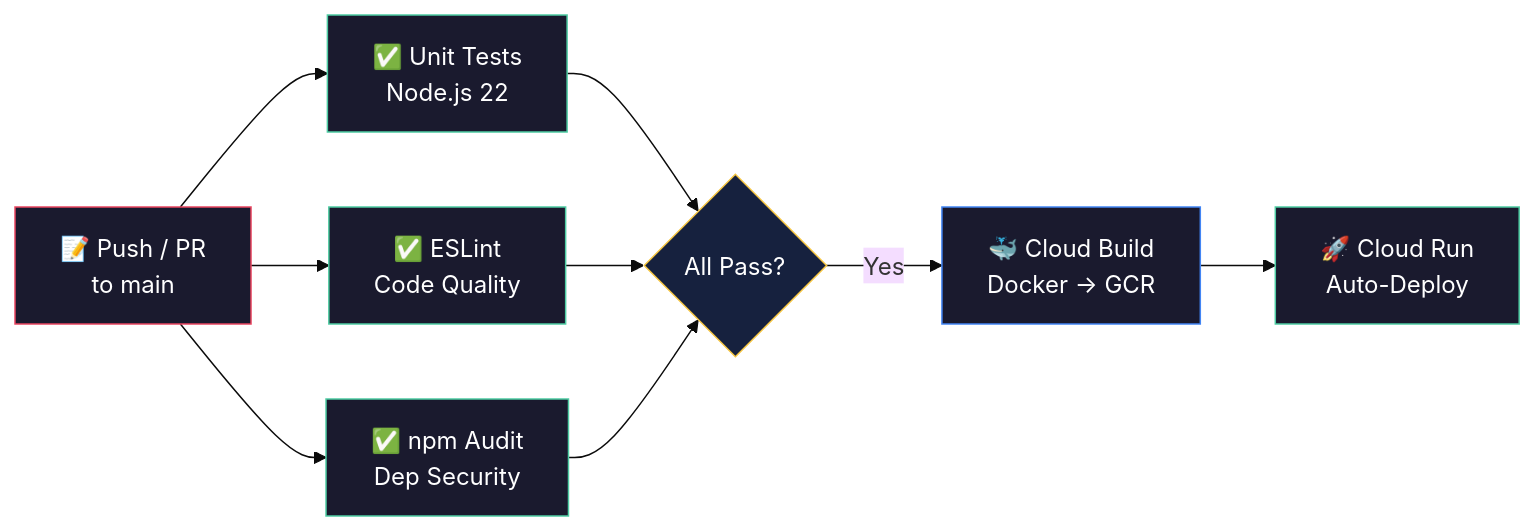
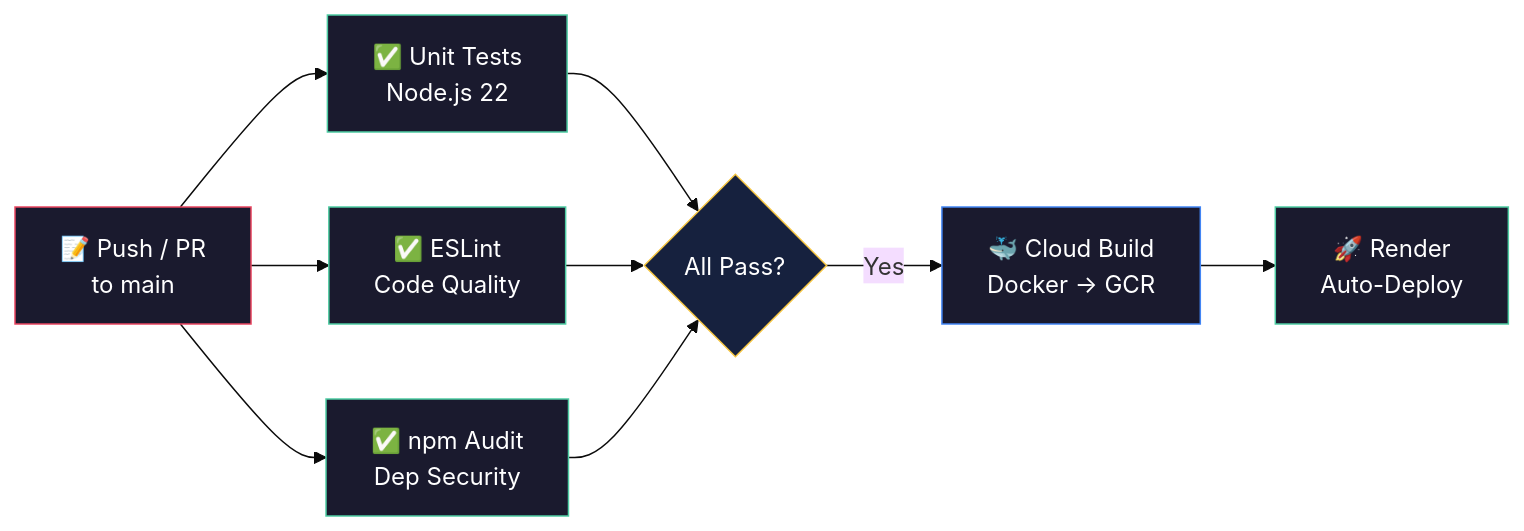
One commit to Ndheeraj906/LexGuard-AI changed the fourth of 4 diagrams in README.md. Above: the diagram before and after it, drawn with Mermaid (base theme). The commit also changed other lines of this file, not shown here.

Commit message:
docs: replace Cloud Run references with Render

````diff
--- a/README.md
+++ b/README.md
@@ -604,18 +592,18 @@
 ```mermaid
 graph LR
     A["📝 Push / PR\nto main"] --> B["✅ Unit Tests\nNode.js 22"]
     A --> C["✅ ESLint\nCode Quality"]
     A --> D["✅ npm Audit\nDep Security"]
 
     B & C & D --> E{"All Pass?"}
     E -- Yes --> F["🐳 Cloud Build\nDocker → GCR"]
-    F --> G["🚀 Cloud Run\nAuto-Deploy"]
+    F --> G["🚀 Render\nAuto-Deploy"]
 
     style A fill:#1a1a2e,stroke:#e94560,color:#fff
     style B fill:#1a1a2e,stroke:#4ecca3,color:#fff
     style C fill:#1a1a2e,stroke:#4ecca3,color:#fff
     style D fill:#1a1a2e,stroke:#4ecca3,color:#fff
     style E fill:#16213e,stroke:#f5c542,color:#fff
     style F fill:#1a1a2e,stroke:#4285F4,color:#fff
     style G fill:#1a1a2e,stroke:#4ecca3,color:#fff
 ```
````
